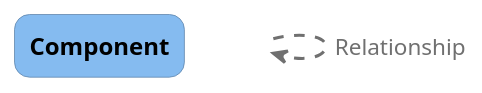
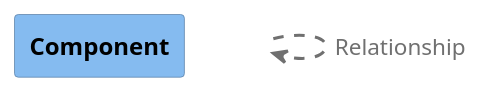
The diagram in docs/architektur/diagramme/structurizr-C3_Komponenten_Web-key.puml (fabianAschwanden/sponsorplatz.ch), drawn with PlantUML before and after one commit. The commit also changed 20 other files, not shown here.

```diff
--- a/docs/architektur/diagramme/structurizr-C3_Komponenten_Web-key.puml
+++ b/docs/architektur/diagramme/structurizr-C3_Komponenten_Web-key.puml
@@ -1,31 +1,30 @@
 @startuml
 set separator none
 
 skinparam {
   shadowing false
   arrowFontSize 15
   defaultTextAlignment center
   wrapWidth 100
   maxMessageSize 100
 }
 hide stereotype
 
 skinparam rectangle<<_transparent>> {
   BorderColor transparent
   BackgroundColor transparent
   FontColor transparent
 }
 
 skinparam rectangle<<1>> {
   BackgroundColor #85bbf0
   FontColor #000000
   BorderColor #5d82a8
-  roundCorner 20
 }
 rectangle "==Component" <<1>>
 
 rectangle "." <<_transparent>> as 2
 2 .[#707070,thickness=2].> 2 : "<color:#707070>Relationship"
 
 
 @enduml
```
